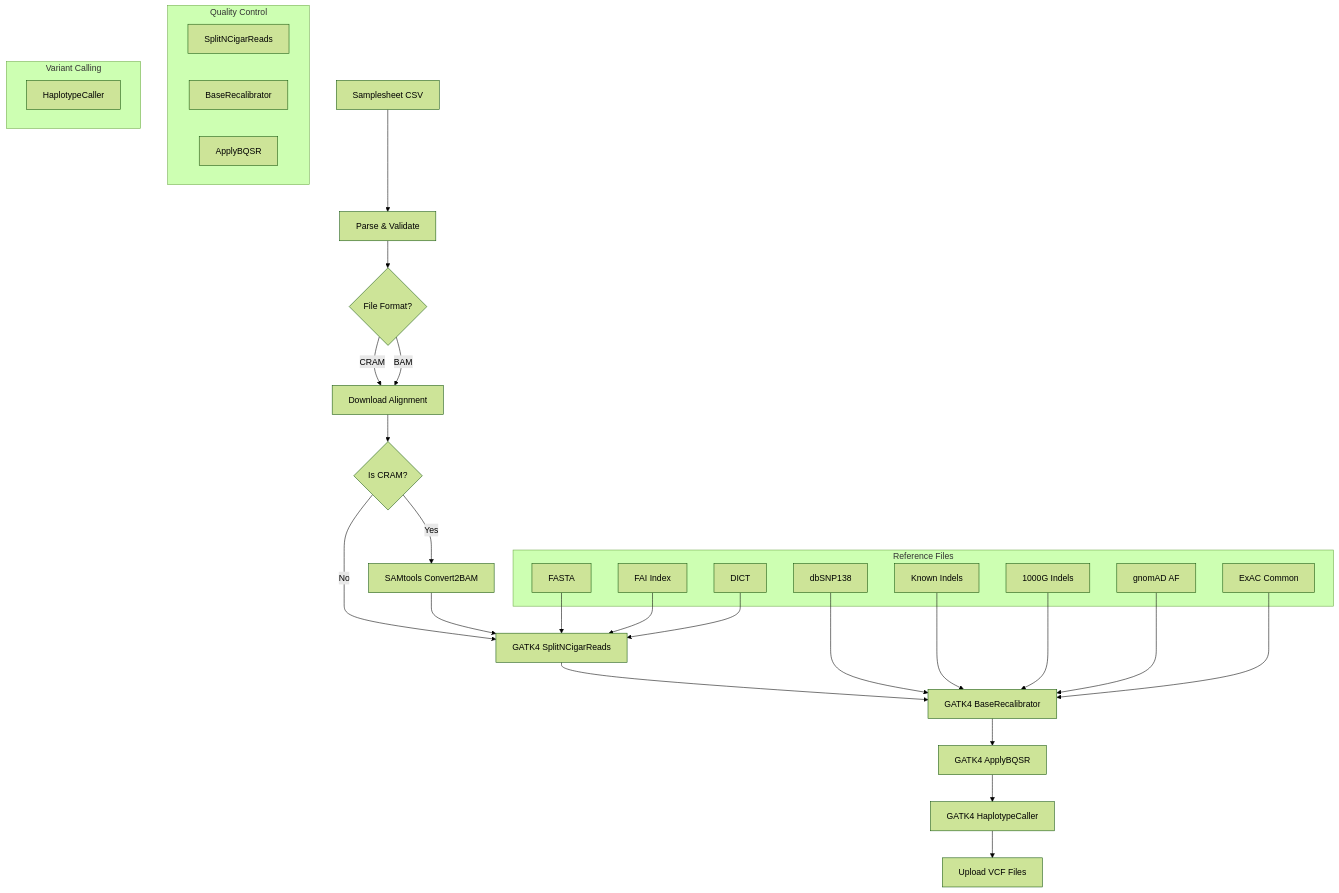
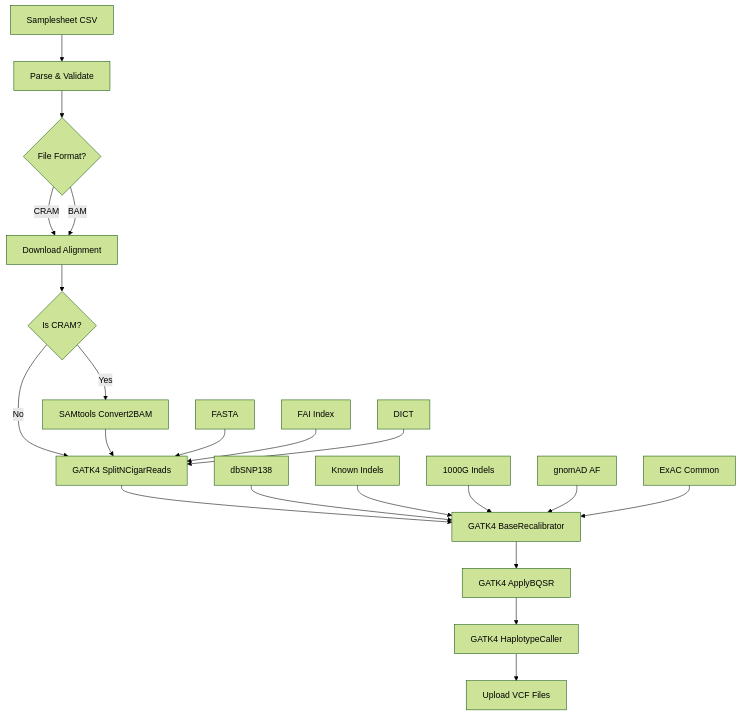
The diagram in README.md (uclanelsonlab/nl-rna-varcall), drawn with Mermaid (forest theme) before and after one commit.

Commit message:
(up) update architecture

````diff
--- a/README.md
+++ b/README.md
@@ -17,45 +17,24 @@
 ```mermaid
-graph TD
+flowchart TD
     A[Samplesheet CSV] --> B[Parse & Validate]
     B --> C{File Format?}
     C -->|CRAM| D[Download Alignment]
     C -->|BAM| D
     D --> E{Is CRAM?}
     E -->|Yes| F[SAMtools Convert2BAM]
     E -->|No| G[GATK4 SplitNCigarReads]
     F --> G
     G --> H[GATK4 BaseRecalibrator]
     H --> I[GATK4 ApplyBQSR]
     I --> J[GATK4 HaplotypeCaller]
     J --> K[Upload VCF Files]
     
-    subgraph "Reference Files"
-        R1[FASTA]
-        R2[FAI Index]
-        R3[DICT]
-        R4[dbSNP138]
-        R5[Known Indels]
-        R6[1000G Indels]
-        R7[gnomAD AF]
-        R8[ExAC Common]
-    end
-    
-    subgraph "Quality Control"
-        QC1[SplitNCigarReads]
-        QC2[BaseRecalibrator]
-        QC3[ApplyBQSR]
-    end
-    
-    subgraph "Variant Calling"
-        VC1[HaplotypeCaller]
-    end
-    
-    R1 --> G
-    R2 --> G
-    R3 --> G
-    R4 --> H
-    R5 --> H
-    R6 --> H
-    R7 --> H
-    R8 --> H
+    R1[FASTA] --> G
+    R2[FAI Index] --> G
+    R3[DICT] --> G
+    R4[dbSNP138] --> H
+    R5[Known Indels] --> H
+    R6[1000G Indels] --> H
+    R7[gnomAD AF] --> H
+    R8[ExAC Common] --> H
 ```
````
